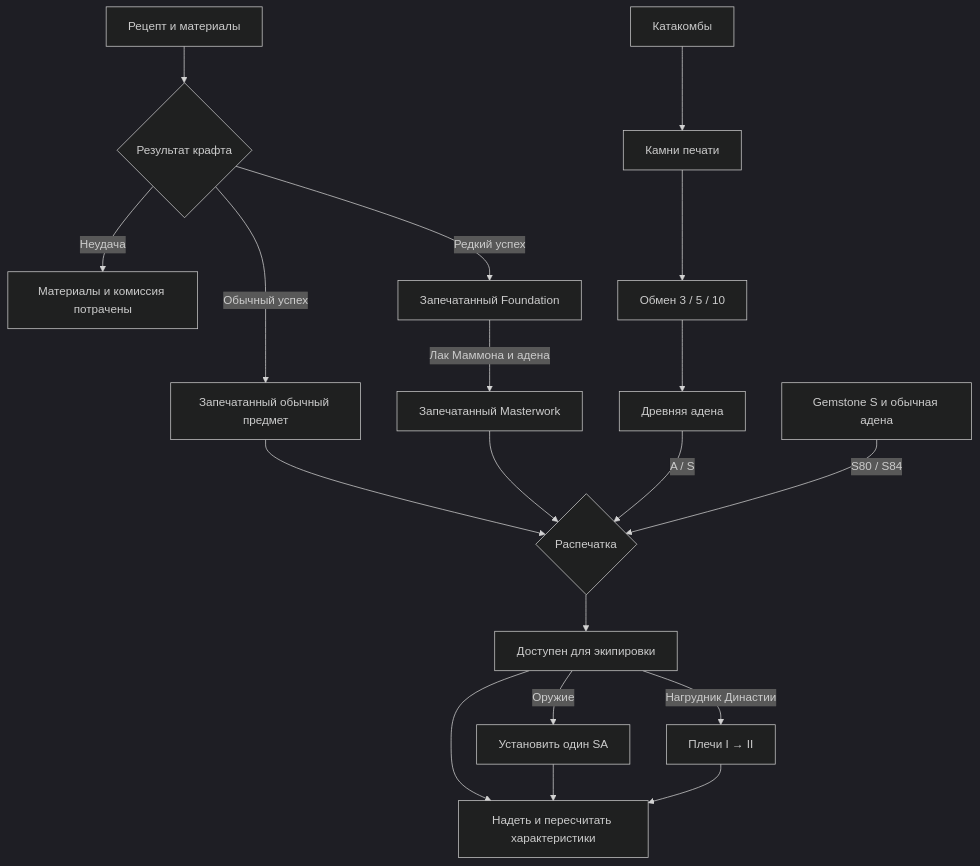
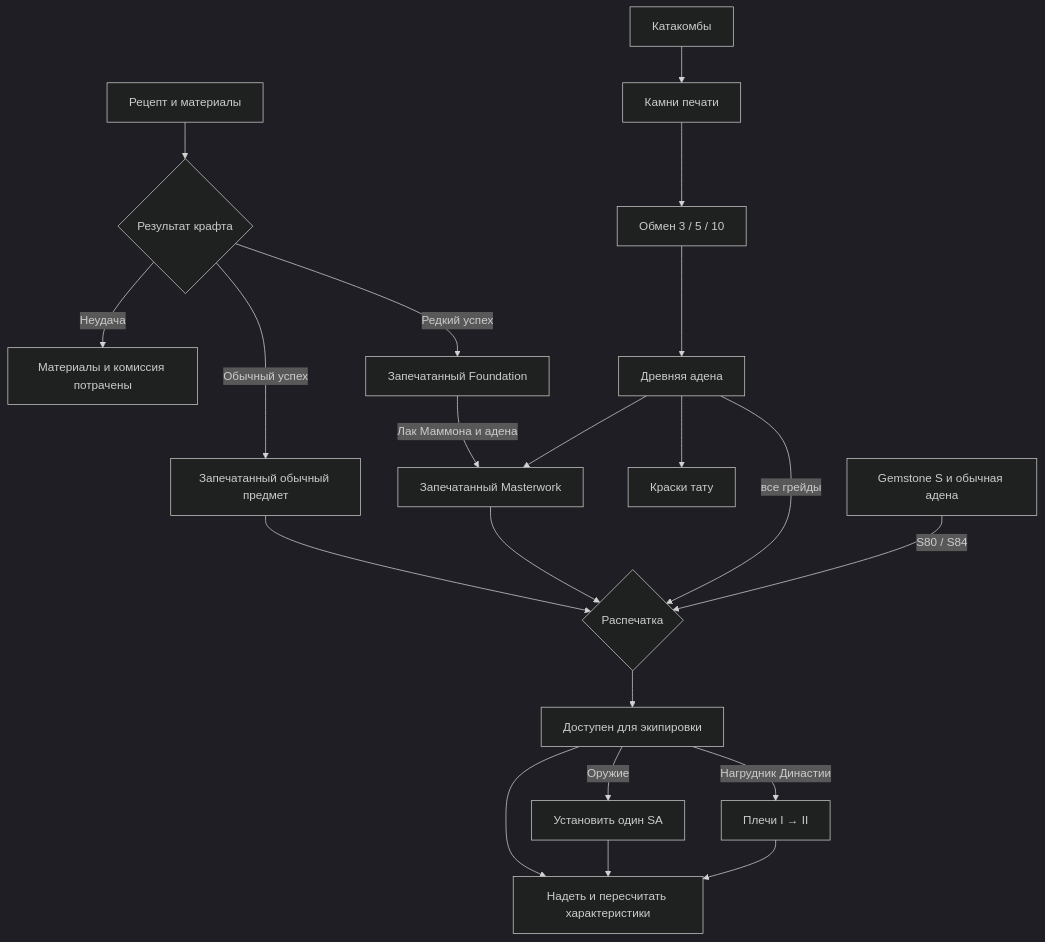
The diagram in docs/l2-equipment-economy-design.md (AmoneMisa/Genshin-Impact-tg-bot), drawn with Mermaid (dark theme) before and after one commit. The commit also changed other lines of this file and 7 other files, not shown here.

First line of the commit message:
design(economy): unseal, masterwork and tattoo dyes cost Ancient Adena

````diff
--- a/docs/l2-equipment-economy-design.md
+++ b/docs/l2-equipment-economy-design.md
@@ -21,21 +21,23 @@
 ```mermaid
 flowchart TD
   Recipe[Рецепт и материалы] --> Craft{Результат крафта}
   Craft -->|Неудача| Spent[Материалы и комиссия потрачены]
   Craft -->|Обычный успех| Sealed[Запечатанный обычный предмет]
   Craft -->|Редкий успех| Foundation[Запечатанный Foundation]
   Foundation -->|Лак Маммона и адена| MW[Запечатанный Masterwork]
   Sealed --> Unseal{Распечатка}
   MW --> Unseal
   Cata[Катакомбы] --> Stones[Камни печати]
   Stones --> Exchange[Обмен 3 / 5 / 10]
   Exchange --> AA[Древняя адена]
-  AA -->|A / S| Unseal
+  AA -->|все грейды| Unseal
+  AA --> MW
+  AA --> Tattoo[Краски тату]
   High[Gemstone S и обычная адена] -->|S80 / S84| Unseal
   Unseal --> Usable[Доступен для экипировки]
   Usable --> Equip[Надеть и пересчитать характеристики]
   Usable -->|Оружие| SA[Установить один SA]
   Usable -->|Нагрудник Династии| Shoulders[Плечи I → II]
   SA --> Equip
   Shoulders --> Equip
 ```
````
